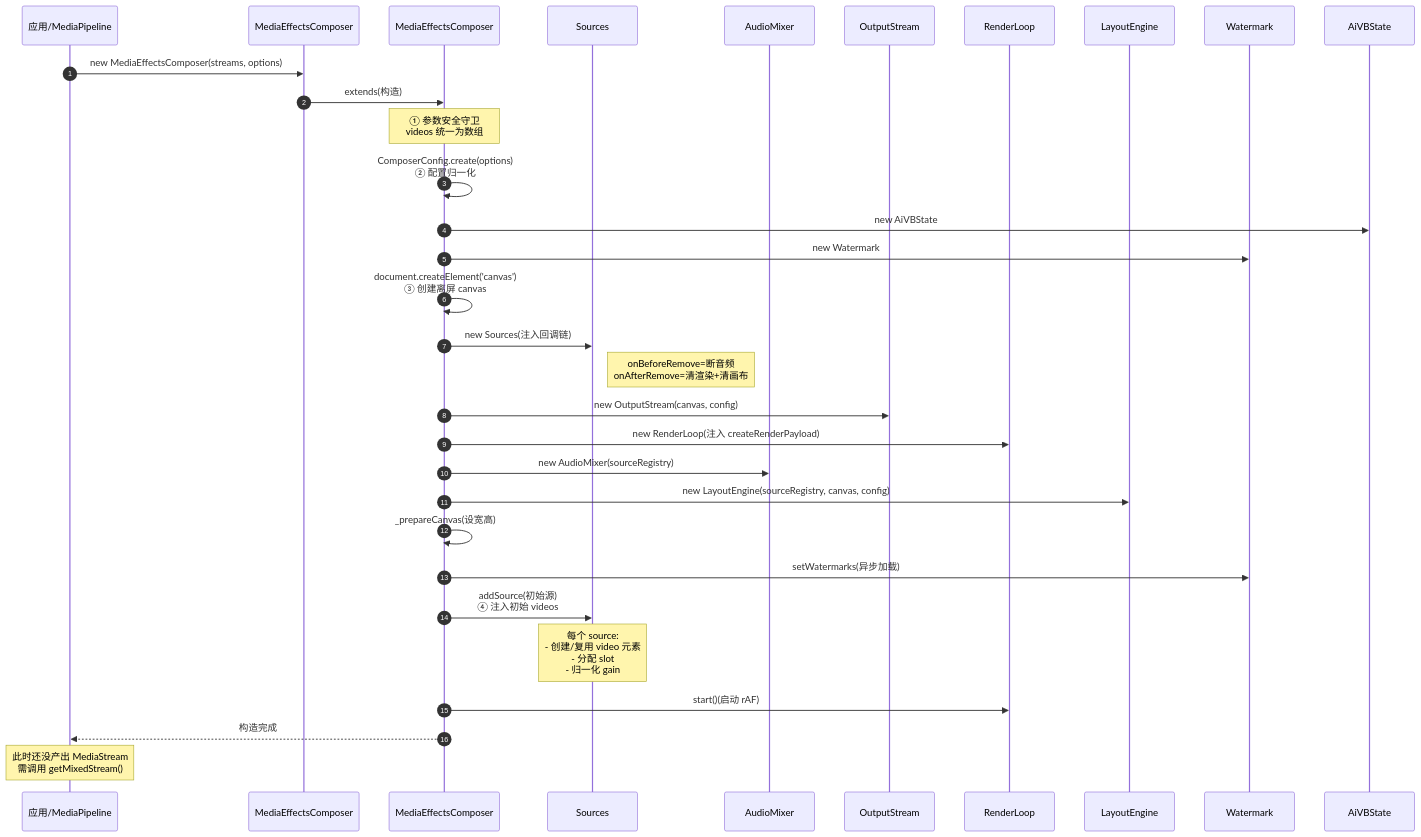
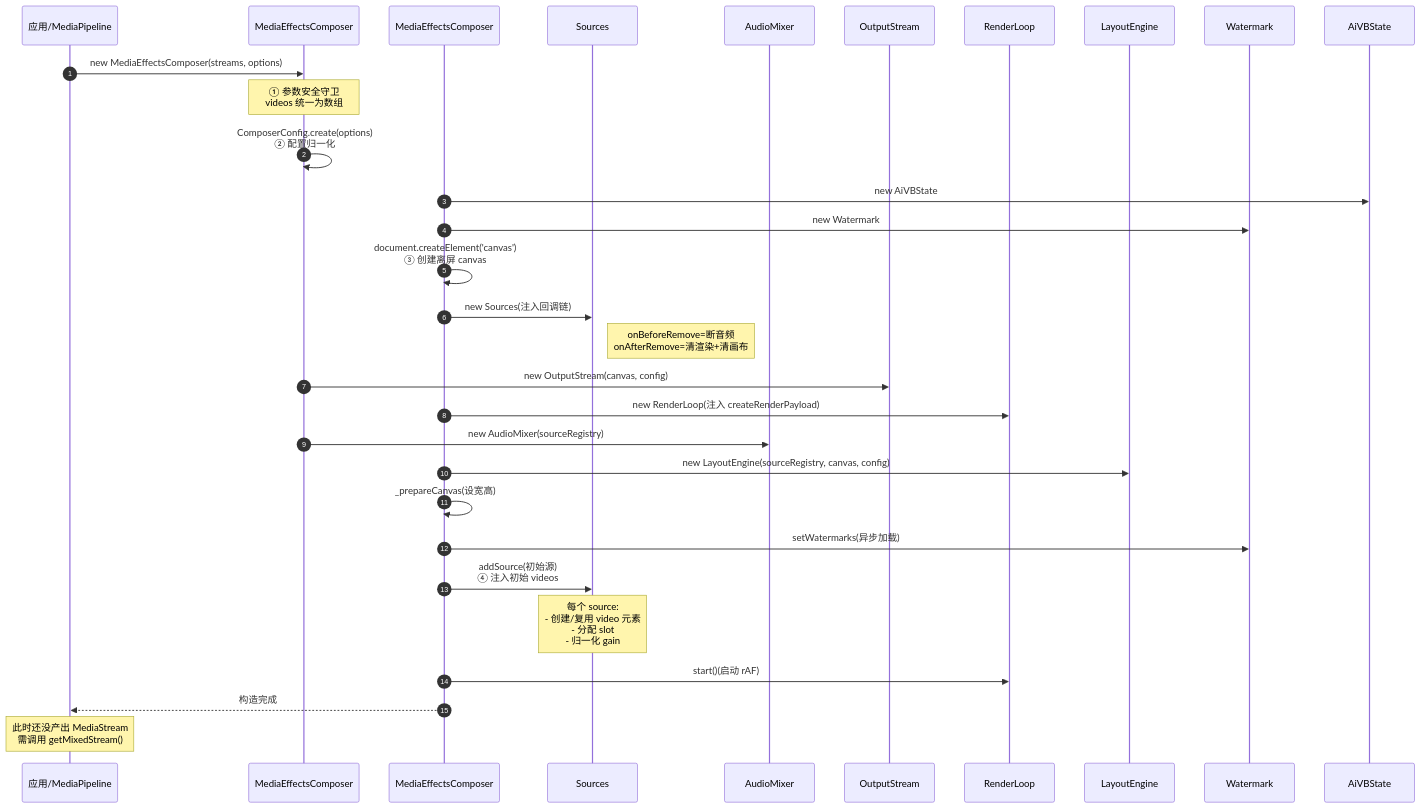
The seventh of 19 diagrams in docs/MediaEffectsComposer-学习手册.md (lei40251/JsSIP), drawn with Mermaid before and after one commit. The commit also changed other lines of this file and 12 other files, not shown here.

````diff
--- a/docs/MediaEffectsComposer-学习手册.md
+++ b/docs/MediaEffectsComposer-学习手册.md
@@ -394,35 +391,34 @@
 ```mermaid
 sequenceDiagram
     autonumber
     participant App as 应用/MediaPipeline
     participant MEC as MediaEffectsComposer
     participant CRT as MediaEffectsComposer
     participant SS as Sources
     participant AM as AudioMixer
     participant OM as OutputStream
     participant RL as RenderLoop
     participant LE as LayoutEngine
     participant WM as Watermark
     participant AVB as AiVBState
 
     App->>MEC: new MediaEffectsComposer(streams, options)
-    MEC->>CRT: extends(构造)
-    Note over CRT: ① 参数安全守卫<br/>videos 统一为数组
-    CRT->>CRT: ComposerConfig.create(options)<br/>② 配置归一化
+    Note over MEC: ① 参数安全守卫<br/>videos 统一为数组
+    MEC->>MEC: ComposerConfig.create(options)<br/>② 配置归一化
     CRT->>AVB: new AiVBState
     CRT->>WM: new Watermark
     CRT->>CRT: document.createElement('canvas')<br/>③ 创建离屏 canvas
     CRT->>SS: new Sources(注入回调链)
     Note right of SS: onBeforeRemove=断音频<br/>onAfterRemove=清渲染+清画布
-    CRT->>OM: new OutputStream(canvas, config)
+    MEC->>OM: new OutputStream(canvas, config)
     CRT->>RL: new RenderLoop(注入 createRenderPayload)
-    CRT->>AM: new AudioMixer(sourceRegistry)
+    MEC->>AM: new AudioMixer(sourceRegistry)
     CRT->>LE: new LayoutEngine(sourceRegistry, canvas, config)
     CRT->>CRT: _prepareCanvas(设宽高)
     CRT->>WM: setWatermarks(异步加载)
     CRT->>SS: addSource(初始源)<br/>④ 注入初始 videos
     Note over SS: 每个 source:<br/>- 创建/复用 video 元素<br/>- 分配 slot<br/>- 归一化 gain
     CRT->>RL: start()(启动 rAF)
     CRT-->>App: 构造完成
     Note over App: 此时还没产出 MediaStream<br/>需调用 getMixedStream()
 ```
````
